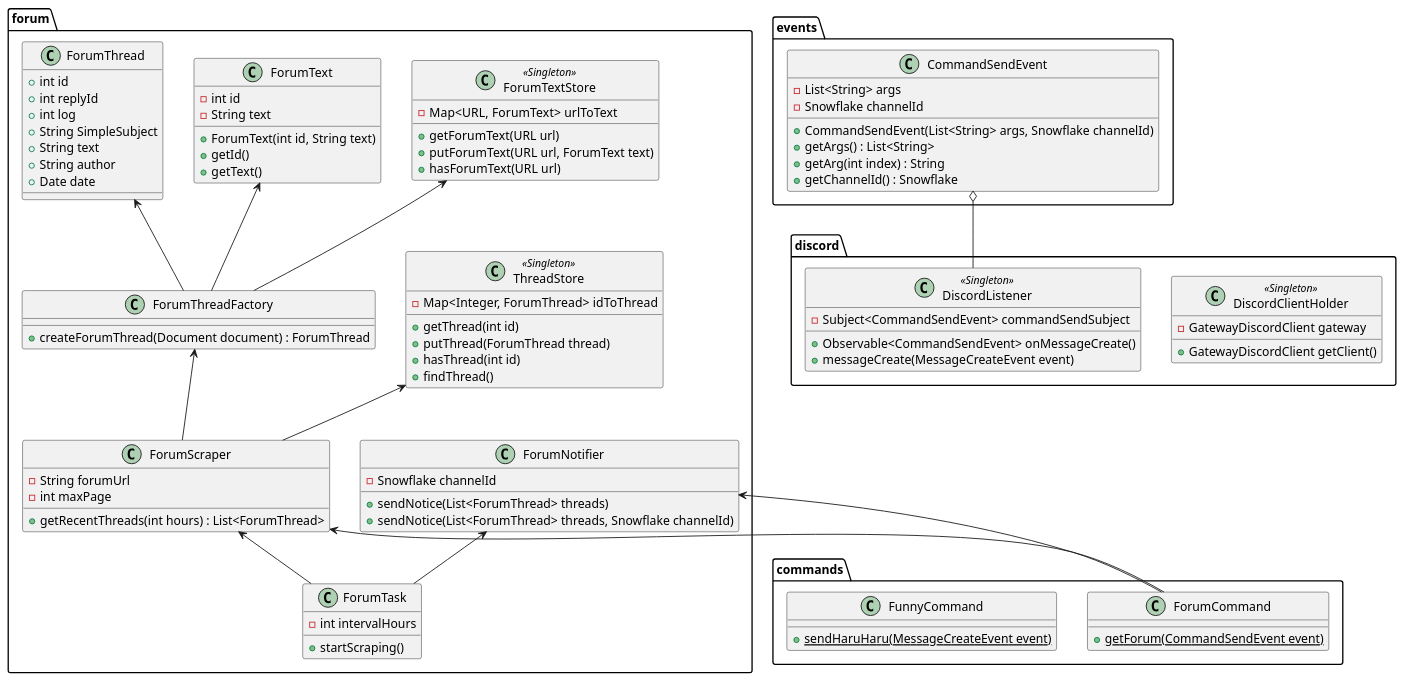
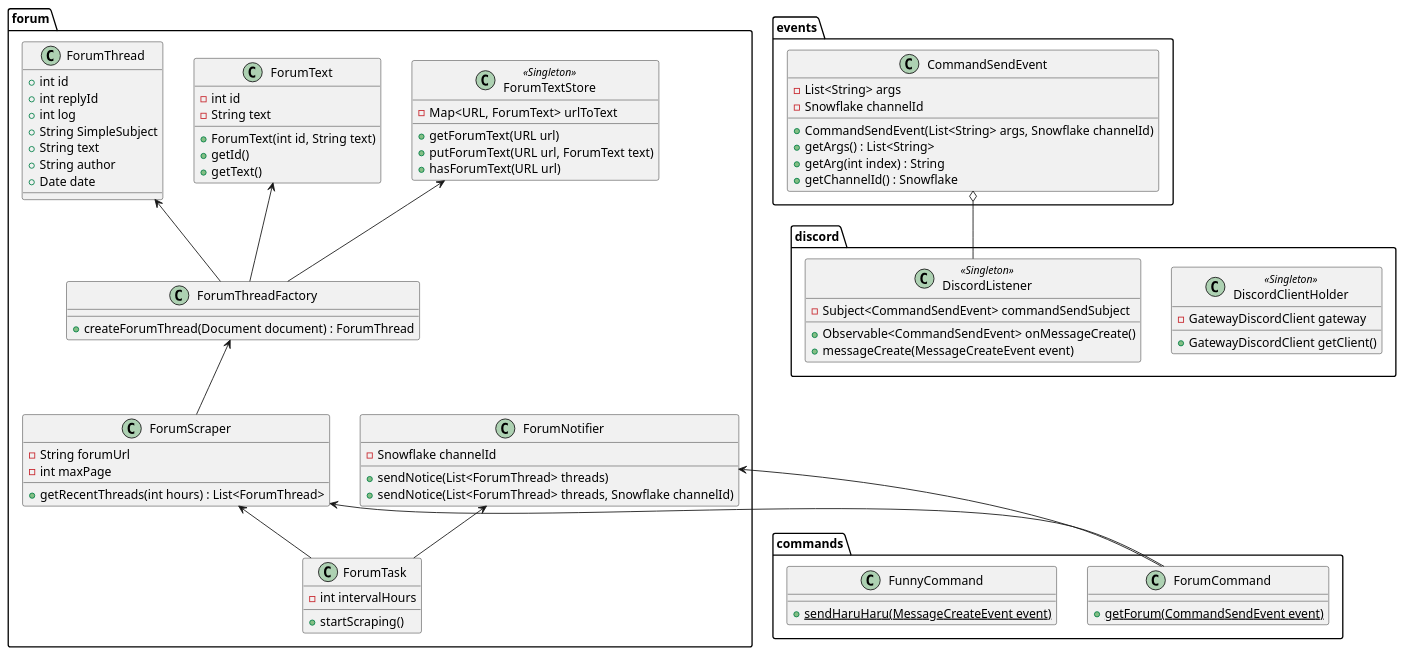
The diagram in MathClubBot3.pu (Harineko0/MathClubBot3), drawn with PlantUML before and after one commit.

Commit message:
[Update] クラス図を更新。

```diff
--- a/MathClubBot3.pu
+++ b/MathClubBot3.pu
@@ -1,103 +1,94 @@
 @startuml MathClubBot3
 namespace commands {
     class ForumCommand {
         + {static} getForum(CommandSendEvent event)
     }
 
     class FunnyCommand {
         + {static} sendHaruHaru(MessageCreateEvent event)
     }
 }
 
 namespace discord {
     class DiscordClientHolder <<Singleton>> {
         - GatewayDiscordClient gateway
         + GatewayDiscordClient getClient()
     }
 
     class DiscordListener <<Singleton>> {
         - Subject<CommandSendEvent> commandSendSubject
         + Observable<CommandSendEvent> onMessageCreate()
         + messageCreate(MessageCreateEvent event)
     }
 }
 
 namespace events {
     class CommandSendEvent {
         - List<String> args
         - Snowflake channelId
         + CommandSendEvent(List<String> args, Snowflake channelId)
         + getArgs() : List<String>
         + getArg(int index) : String
         + getChannelId() : Snowflake
     }
 }
 
 namespace forum {
     class ForumThread {
         + int id
         + int replyId
         + int log
         + String SimpleSubject
         + String text
         + String author
         + Date date
     }
 
     class ForumThreadFactory {
         + createForumThread(Document document) : ForumThread
     }
 
     class ForumScraper {
         - String forumUrl
         - int maxPage
         + getRecentThreads(int hours) : List<ForumThread>
     }
 
     class ForumNotifier {
         - Snowflake channelId
         + sendNotice(List<ForumThread> threads)
         + sendNotice(List<ForumThread> threads, Snowflake channelId)
     }
 
     class ForumTask {
         - int intervalHours
         + startScraping()
     }
 
-    class ThreadStore <<Singleton>> {
-        - Map<Integer, ForumThread> idToThread
-        + getThread(int id)
-        + putThread(ForumThread thread)
-        + hasThread(int id)
-        + findThread()
-    }
-
     class ForumTextStore <<Singleton>> {
         - Map<URL, ForumText> urlToText
         + getForumText(URL url)
         + putForumText(URL url, ForumText text)
         + hasForumText(URL url)
     }
 
     class ForumText {
         - int id
         - String text
         + ForumText(int id, String text)
         + getId()
         + getText()
     }
 
     ForumThread <-- ForumThreadFactory
     ForumThreadFactory <-- ForumScraper
     ForumScraper <-- ForumTask
     ForumNotifier <-- ForumTask
-    ThreadStore <-- ForumScraper
     ForumTextStore <-- ForumThreadFactory
     ForumText <-- ForumThreadFactory
 }
 
 events.CommandSendEvent o-- discord.DiscordListener
 forum.ForumScraper <-- commands.ForumCommand
 forum.ForumNotifier <-- commands.ForumCommand
 @enduml
```
